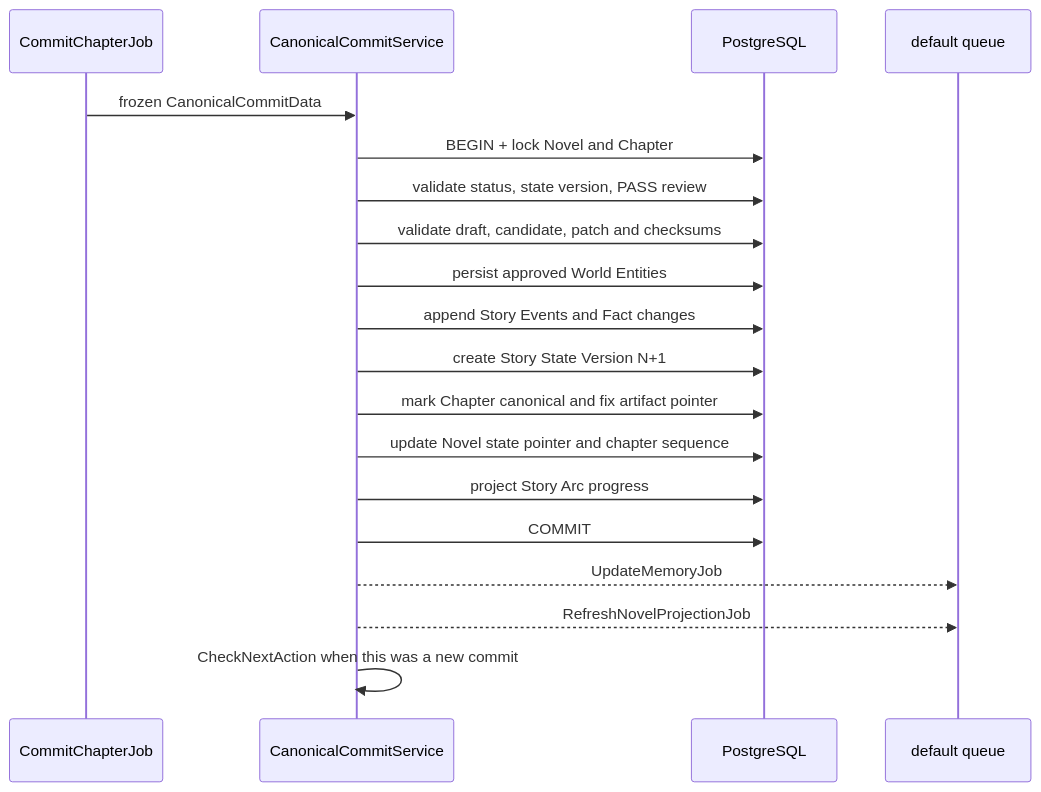
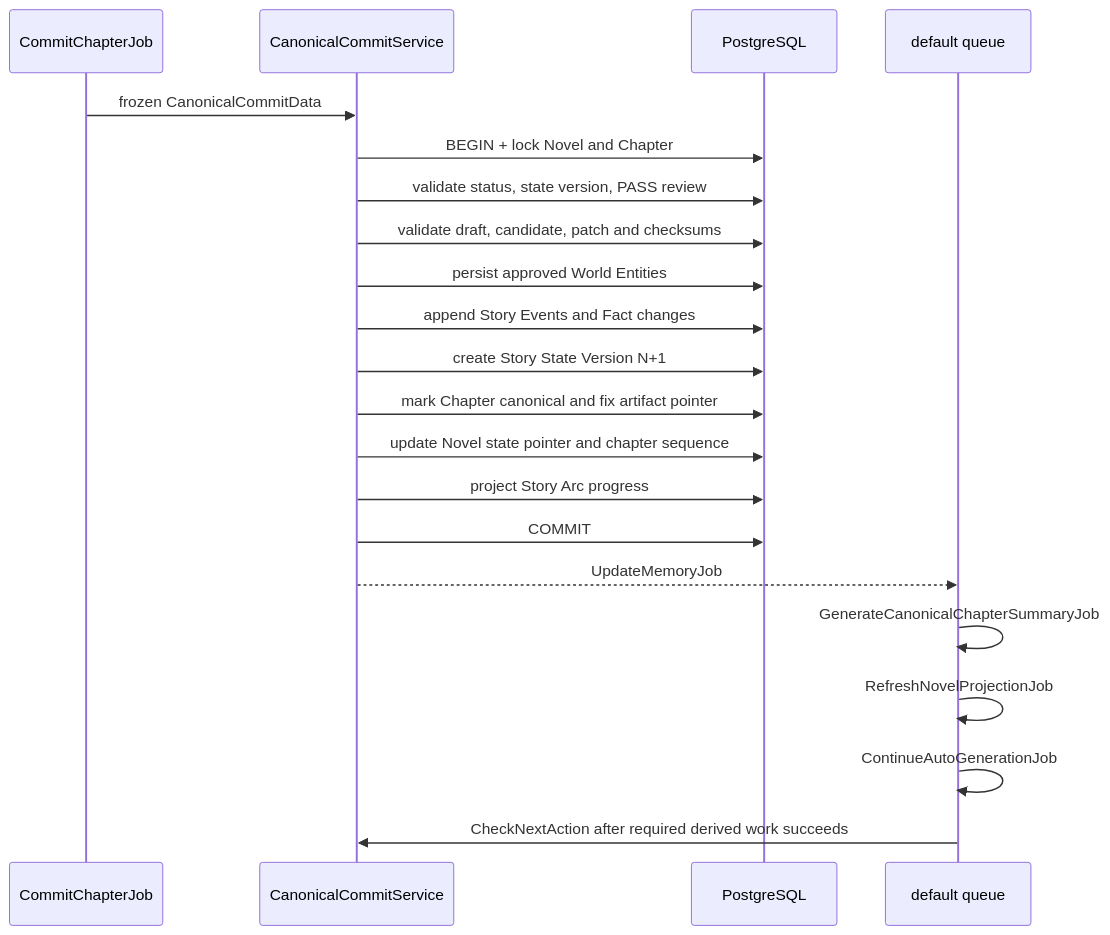
The fifth of 7 diagrams in docs/architecture/novel-lifecycle-and-project-core.md (echo-666999/x_novel), drawn with Mermaid before and after one commit. The commit also changed other lines of this file and 80 other files, not shown here.

````diff
--- a/docs/architecture/novel-lifecycle-and-project-core.md
+++ b/docs/architecture/novel-lifecycle-and-project-core.md
@@ -387,22 +391,24 @@
 ```mermaid
 sequenceDiagram
     participant Job as CommitChapterJob
     participant Commit as CanonicalCommitService
     participant DB as PostgreSQL
     participant Queue as default queue
 
     Job->>Commit: frozen CanonicalCommitData
     Commit->>DB: BEGIN + lock Novel and Chapter
     Commit->>DB: validate status, state version, PASS review
     Commit->>DB: validate draft, candidate, patch and checksums
     Commit->>DB: persist approved World Entities
     Commit->>DB: append Story Events and Fact changes
     Commit->>DB: create Story State Version N+1
     Commit->>DB: mark Chapter canonical and fix artifact pointer
     Commit->>DB: update Novel state pointer and chapter sequence
     Commit->>DB: project Story Arc progress
     Commit->>DB: COMMIT
     Commit-->>Queue: UpdateMemoryJob
-    Commit-->>Queue: RefreshNovelProjectionJob
-    Commit->>Commit: CheckNextAction when this was a new commit
+    Queue->>Queue: GenerateCanonicalChapterSummaryJob
+    Queue->>Queue: RefreshNovelProjectionJob
+    Queue->>Queue: ContinueAutoGenerationJob
+    Queue->>Commit: CheckNextAction after required derived work succeeds
 ```
````
